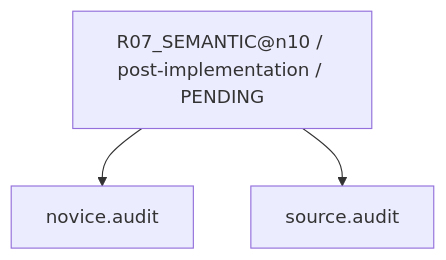
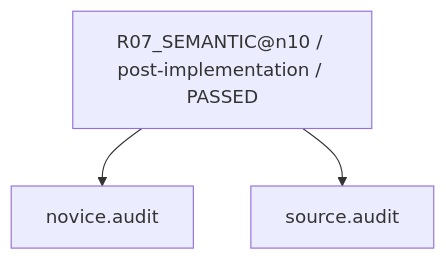
Before and after one commit to rrikunagasige-dot/kyotsu-step-web: diagram 20 of 30 in work/items/W-MATH-035-choice-order-factor-audit/generated/CAPABILITY_FIRE_DIAGRAM.md, drawn with Mermaid. The commit also changed other lines of this file and 133 other files, not shown here.

````diff
--- a/work/items/W-MATH-035-choice-order-factor-audit/generated/CAPABILITY_FIRE_DIAGRAM.md
+++ b/work/items/W-MATH-035-choice-order-factor-audit/generated/CAPABILITY_FIRE_DIAGRAM.md
@@ -326,8 +326,8 @@
 ```mermaid
 flowchart TD
-  N0["R07_SEMANTIC@n10 / post-implementation / PENDING"]
+  N0["R07_SEMANTIC@n10 / post-implementation / PASSED"]
   N1["source.audit"]
   N2["novice.audit"]
   N0 --> N2
   N0 --> N1
 ```
````
